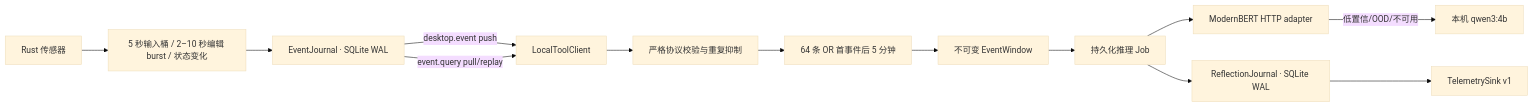
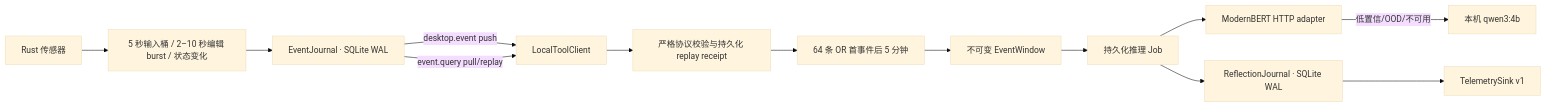
The diagram in docs/REFLECTION_SYSTEM.md (Sea-Go/Sea-WhaleHall), drawn with Mermaid (base theme) before and after one commit. The commit also changed other lines of this file and 4 other files, not shown here.

````diff
--- a/docs/REFLECTION_SYSTEM.md
+++ b/docs/REFLECTION_SYSTEM.md
@@ -7,15 +7,15 @@
 ```mermaid
 flowchart LR
   Sensors["Rust 传感器"] --> Merge["5 秒输入桶 / 2–10 秒编辑 burst / 状态变化"]
   Merge --> Journal["EventJournal · SQLite WAL"]
   Journal -->|"desktop.event push"| Client["LocalToolClient"]
   Journal -->|"event.query pull/replay"| Client
-  Client --> Guard["严格协议校验与重复抑制"]
+  Client --> Guard["严格协议校验与持久化 replay receipt"]
   Guard --> Collector["64 条 OR 首事件后 5 分钟"]
   Collector --> Windows["不可变 EventWindow"]
   Windows --> Jobs["持久化推理 Job"]
   Jobs --> Student["ModernBERT HTTP adapter"]
   Student -->|"低置信/OOD/不可用"| Teacher["本机 qwen3:4b"]
   Jobs --> Reflections["ReflectionJournal · SQLite WAL"]
   Reflections --> Sink["TelemetrySink v1"]
 ```
````
